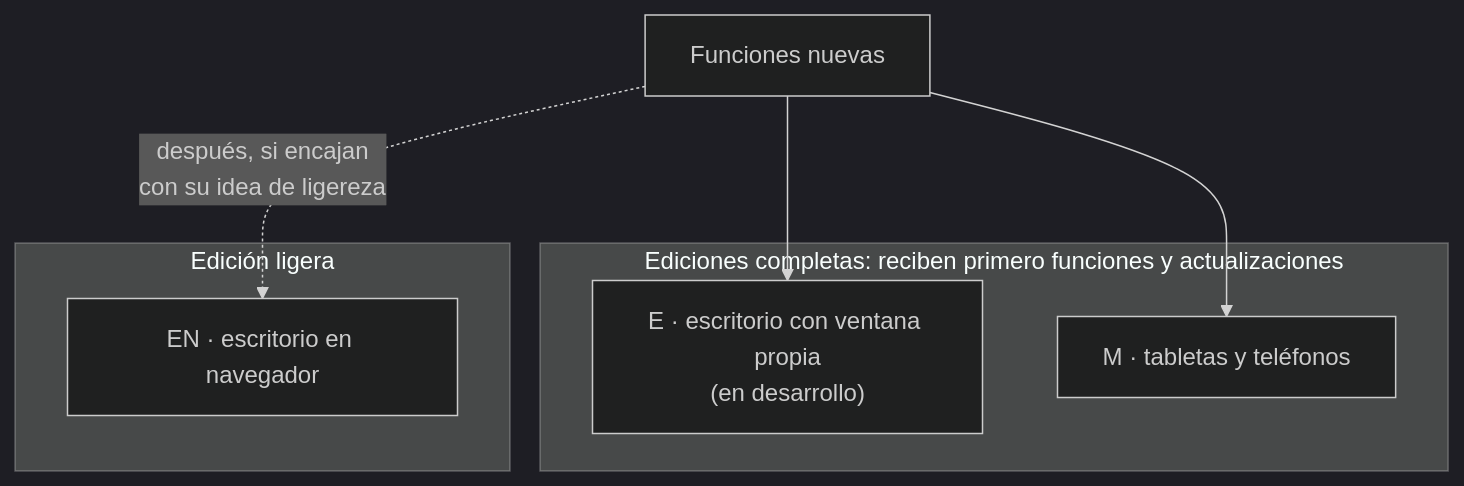
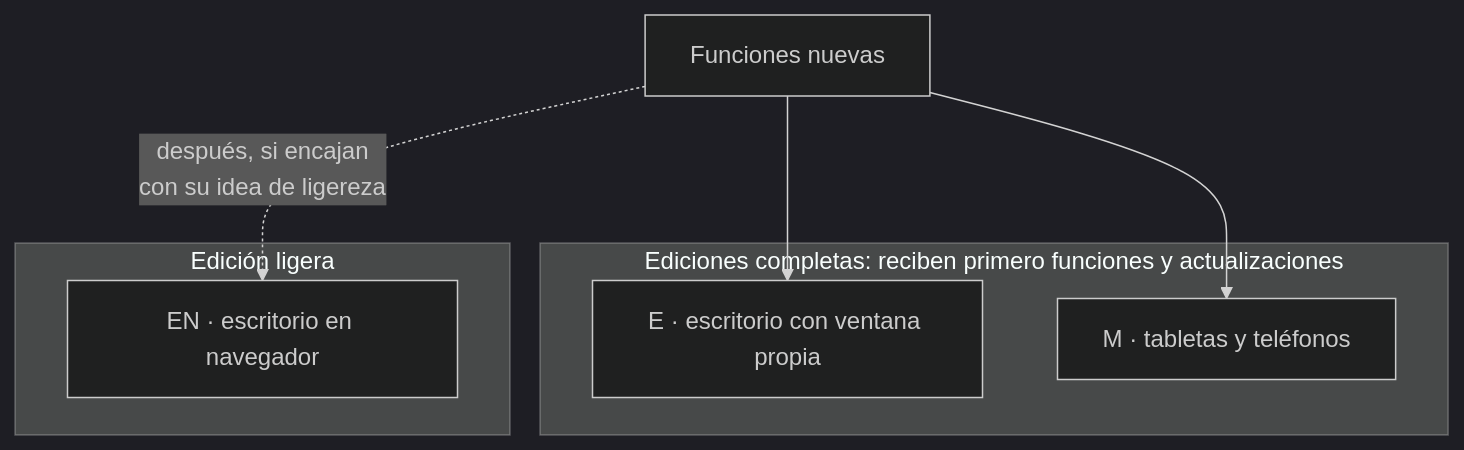
The first of 2 diagrams in 10 Ediciones y versiones.md (Anton-Bazh/MARC-DOC), drawn with Mermaid (dark theme) before and after one commit. The commit also changed other lines of this file and 28 other files, not shown here.

````diff
--- a/10 Ediciones y versiones.md
+++ b/10 Ediciones y versiones.md
@@ -13,12 +13,12 @@
 ```mermaid
 flowchart TB
     subgraph Potentes["Ediciones completas: reciben primero funciones y actualizaciones"]
-        E["E · escritorio con ventana propia<br/>(en desarrollo)"]
+        E["E · escritorio con ventana propia"]
         M["M · tabletas y teléfonos"]
     end
     subgraph Ligera["Edición ligera"]
         EN["EN · escritorio en navegador"]
     end
     F["Funciones nuevas"] --> E & M
     F -. "después, si encajan<br/>con su idea de ligereza" .-> EN
 ```
````
